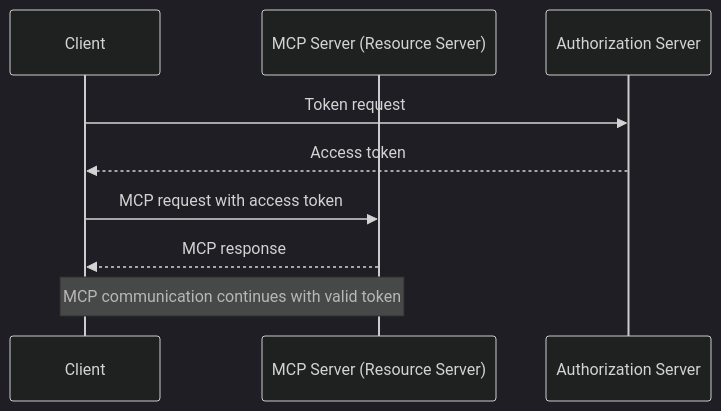
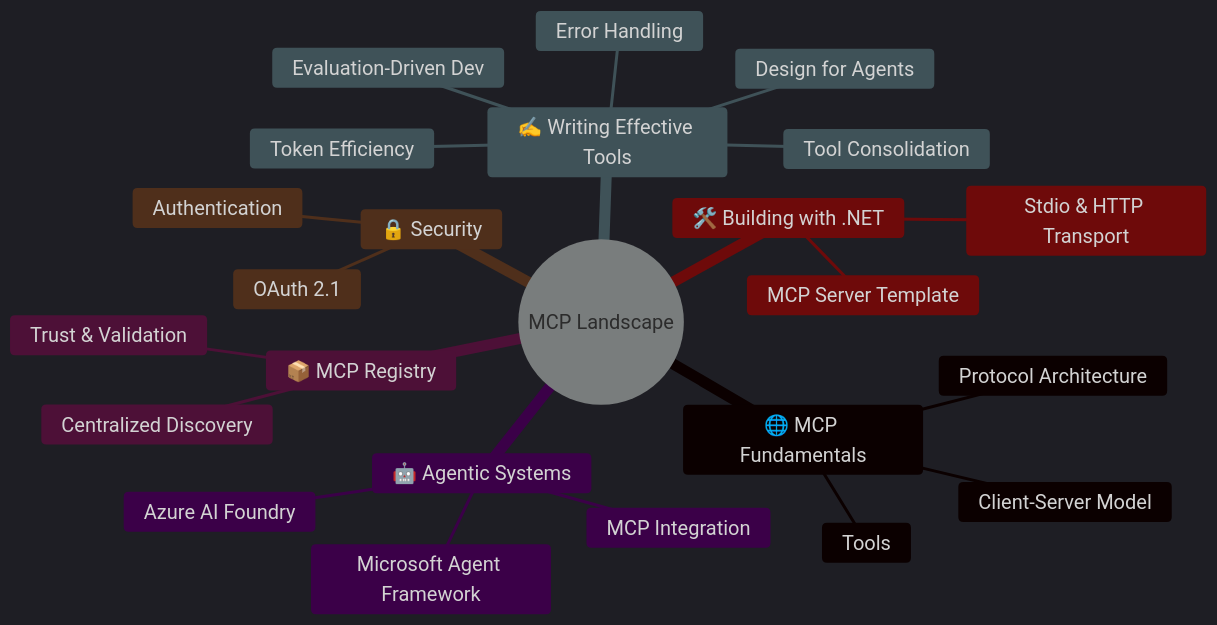
One commit to NikiforovAll/mcp-landscape changed the fifth of 5 diagrams in slides/presentation.md. Above: the diagram before and after it, drawn with Mermaid. The commit also changed other lines of this file and 23 other files, not shown here.

```diff
--- a/slides/presentation.md
+++ b/slides/presentation.md
@@ -1100,22 +1242,37 @@
 <div class="mermaid">
     %%{init: {
         'theme': 'dark',
         'themeVariables': {
+            'fontSize': '20px'
         },
         'flowchart': {
             'nodeSpacing': 500,
             'rankSpacing': 0
         }
     }}%%
-    sequenceDiagram
-        participant C as Client
-        participant M as MCP Server (Resource Server)
-        participant A as Authorization Server
-
-        C->>A: Token request
-        A-->>C: Access token
-
-        C->>M: MCP request with access token
-        M-->>C: MCP response
-        Note over C,M: MCP communication continues with valid token
+    mindmap
+        root((MCP Landscape))
+            🌐 MCP Fundamentals
+                Protocol Architecture
+                Client-Server Model
+                Tools
+            📦 MCP Registry
+                Centralized Discovery
+                Trust & Validation
+            ✍️ Writing Effective Tools
+                Design for Agents
+                Tool Consolidation
+                Token Efficiency
+                Error Handling
+                Evaluation-Driven Dev
+            🔒 Security
+                OAuth 2.1
+                Authentication
+            🛠️ Building with .NET
+                MCP Server Template
+                Stdio & HTTP Transport
+            🤖 Agentic Systems
+                Microsoft Agent Framework
+                Azure AI Foundry
+                MCP Integration
 </div>
```
